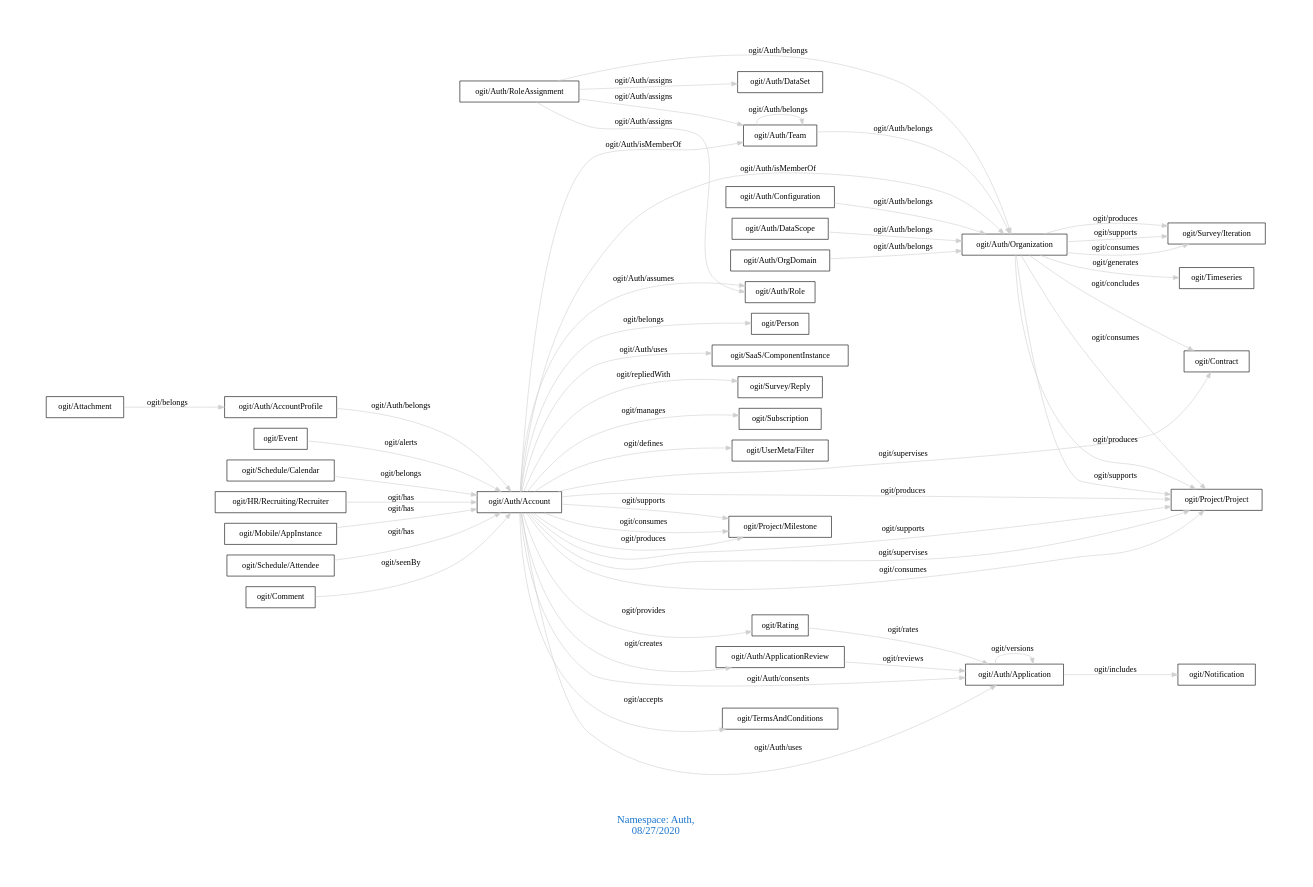
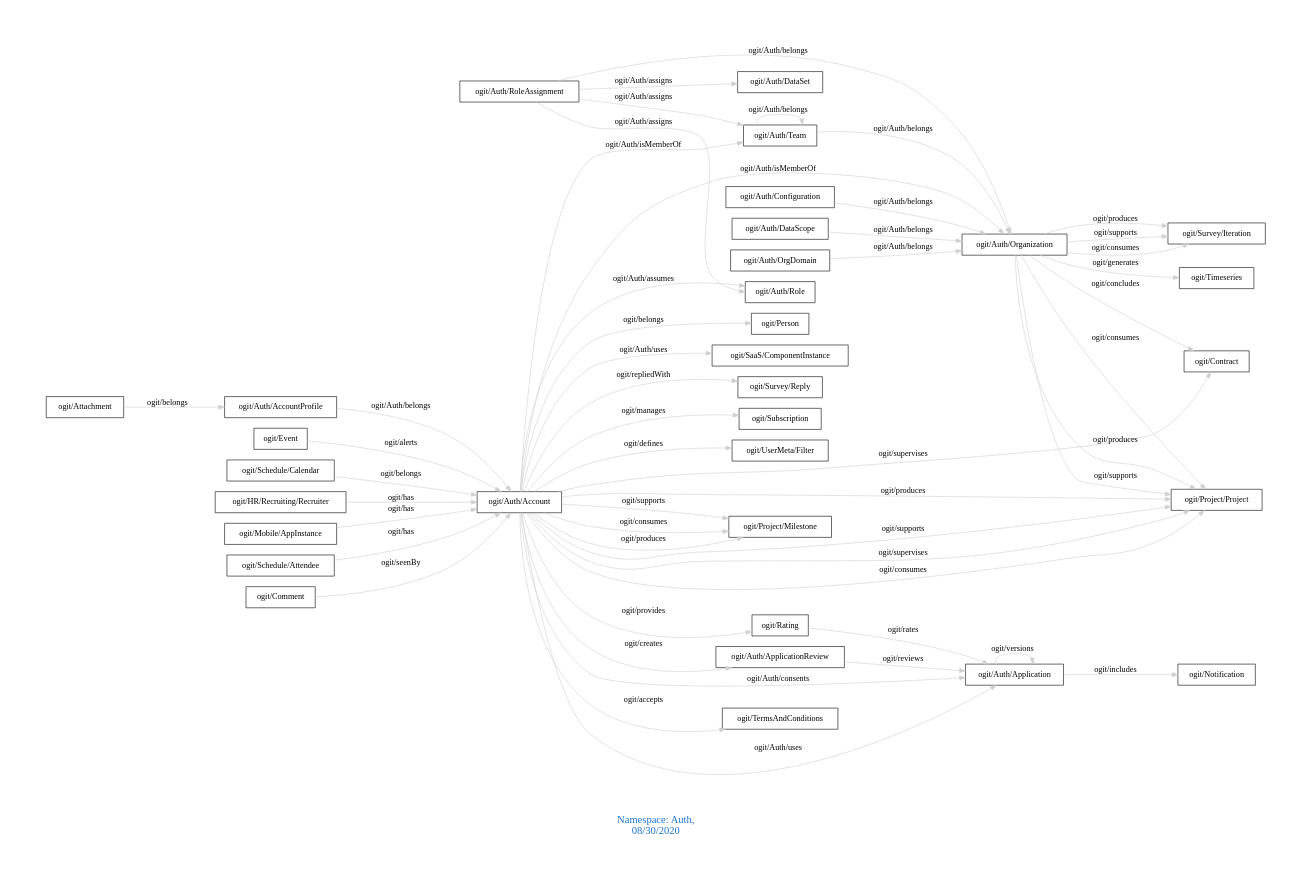
The diagram in downloads/Auth.dot (arago/OGIT), drawn with Graphviz before and after one commit. The commit also changed 1811 other files, not shown here.

```diff
--- a/downloads/Auth.dot
+++ b/downloads/Auth.dot
@@ -1,58 +1,58 @@
 digraph OGIT_ontology {
  graph [ rankdir= LR,pad=1 
 fontsize = 18,
-fontcolor= dodgerblue3,label = "\n\n\nNamespace: Auth, \n 08/27/2020"];
+fontcolor= dodgerblue3,label = "\n\n\nNamespace: Auth, \n 08/30/2020"];
 node[shape=polygon];
 edge [  color="gray81"];
 
    "ogit/Auth/Account" -> "ogit/Subscription" [label="   ogit/manages    "];
    "ogit/Auth/Account" -> "ogit/UserMeta/Filter" [label="   ogit/defines    "];
    "ogit/Auth/AccountProfile" -> "ogit/Auth/Account" [label="   ogit/Auth/belongs    "];
    "ogit/Auth/Configuration" -> "ogit/Auth/Organization" [label="   ogit/Auth/belongs    "];
    "ogit/Auth/DataScope" -> "ogit/Auth/Organization" [label="   ogit/Auth/belongs    "];
    "ogit/Auth/OrgDomain" -> "ogit/Auth/Organization" [label="   ogit/Auth/belongs    "];
    "ogit/Auth/RoleAssignment" -> "ogit/Auth/Organization" [label="   ogit/Auth/belongs    "];
    "ogit/Auth/Team" -> "ogit/Auth/Organization" [label="   ogit/Auth/belongs    "];
    "ogit/Auth/Organization" -> "ogit/Contract" [label="   ogit/concludes    "];
    "ogit/Auth/Account" -> "ogit/Project/Milestone" [label="   ogit/supports    "];
    "ogit/Auth/Account" -> "ogit/Project/Project" [label="   ogit/supports    "];
    "ogit/Auth/Organization" -> "ogit/Project/Project" [label="   ogit/supports    "];
    "ogit/Auth/Organization" -> "ogit/Survey/Iteration" [label="   ogit/supports    "];
    "ogit/Auth/Account" -> "ogit/Project/Project" [label="   ogit/supervises    "];
    "ogit/Auth/Account" -> "ogit/Contract" [label="   ogit/supervises    "];
    "ogit/Auth/Organization" -> "ogit/Timeseries" [label="   ogit/generates    "];
    "ogit/Auth/Account" -> "ogit/Project/Milestone" [label="   ogit/consumes    "];
    "ogit/Auth/Account" -> "ogit/Project/Project" [label="   ogit/consumes    "];
    "ogit/Auth/Organization" -> "ogit/Project/Project" [label="   ogit/consumes    "];
    "ogit/Auth/Organization" -> "ogit/Survey/Iteration" [label="   ogit/consumes    "];
    "ogit/Auth/Application" -> "ogit/Notification" [label="   ogit/includes    "];
    "ogit/Auth/Account" -> "ogit/Auth/Role" [label="   ogit/Auth/assumes    "];
    "ogit/Auth/Account" -> "ogit/TermsAndConditions" [label="   ogit/accepts    "];
    "ogit/Auth/Account" -> "ogit/Auth/ApplicationReview" [label="   ogit/creates    "];
    "ogit/Auth/Account" -> "ogit/Auth/Application" [label="   ogit/Auth/consents    "];
    "ogit/Auth/RoleAssignment" -> "ogit/Auth/Role" [label="   ogit/Auth/assigns    "];
    "ogit/Auth/RoleAssignment" -> "ogit/Auth/Team" [label="   ogit/Auth/assigns    "];
    "ogit/Auth/RoleAssignment" -> "ogit/Auth/DataSet" [label="   ogit/Auth/assigns    "];
    "ogit/Rating" -> "ogit/Auth/Application" [label="   ogit/rates    "];
    "ogit/Event" -> "ogit/Auth/Account" [label="   ogit/alerts    "];
    "ogit/Auth/ApplicationReview" -> "ogit/Auth/Application" [label="   ogit/reviews    "];
    "ogit/Auth/Account" -> "ogit/Rating" [label="   ogit/provides    "];
    "ogit/Auth/Account" -> "ogit/Project/Milestone" [label="   ogit/produces    "];
    "ogit/Auth/Account" -> "ogit/Project/Project" [label="   ogit/produces    "];
    "ogit/Auth/Organization" -> "ogit/Project/Project" [label="   ogit/produces    "];
    "ogit/Auth/Organization" -> "ogit/Survey/Iteration" [label="   ogit/produces    "];
    "ogit/Auth/Account" -> "ogit/Person" [label="   ogit/belongs    "];
    "ogit/Schedule/Calendar" -> "ogit/Auth/Account" [label="   ogit/belongs    "];
    "ogit/Attachment" -> "ogit/Auth/AccountProfile" [label="   ogit/belongs    "];
    "ogit/Auth/Account" -> "ogit/Auth/Organization" [label="   ogit/Auth/isMemberOf    "];
    "ogit/Auth/Account" -> "ogit/Auth/Team" [label="   ogit/Auth/isMemberOf    "];
    "ogit/Auth/Account" -> "ogit/Auth/Application" [label="   ogit/Auth/uses    "];
    "ogit/Auth/Account" -> "ogit/SaaS/ComponentInstance" [label="   ogit/Auth/uses    "];
    "ogit/Auth/Account" -> "ogit/Survey/Reply" [label="   ogit/repliedWith    "];
    "ogit/HR/Recruiting/Recruiter" -> "ogit/Auth/Account" [label="   ogit/has    "];
    "ogit/Mobile/AppInstance" -> "ogit/Auth/Account" [label="   ogit/has    "];
    "ogit/Schedule/Attendee" -> "ogit/Auth/Account" [label="   ogit/has    "];
    "ogit/Comment" -> "ogit/Auth/Account" [label="   ogit/seenBy    "];
    "ogit/Auth/Application" -> "ogit/Auth/Application" [label="   ogit/versions    "];
    "ogit/Auth/Team" -> "ogit/Auth/Team" [label="   ogit/Auth/belongs    "];
 }
```
